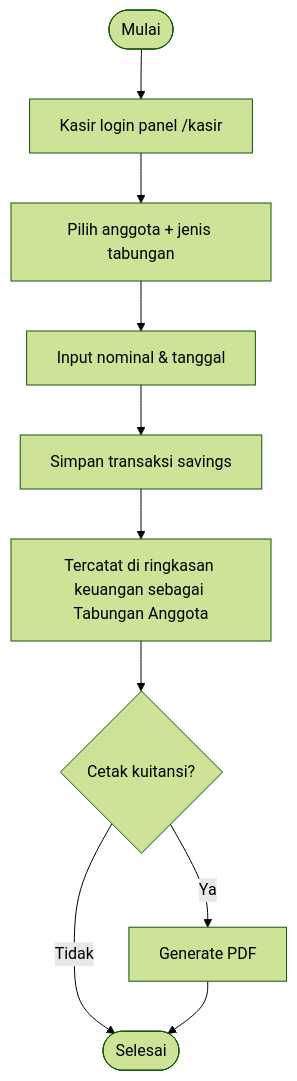
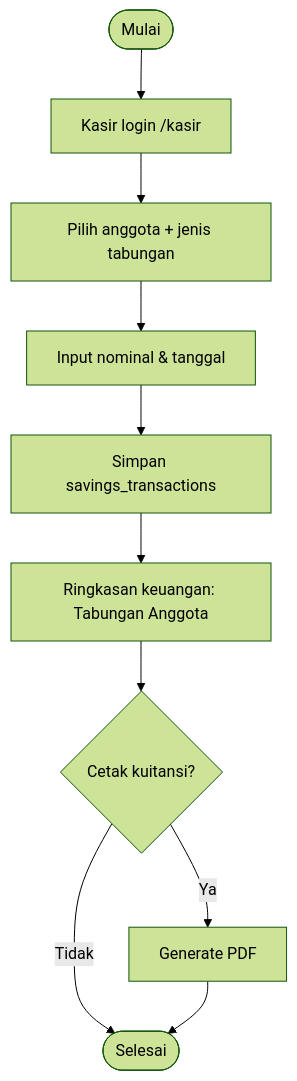
The third of 5 diagrams in BAB_4_HASIL_DAN_PEMBAHASAN.md (adrianakbar/karya_tantri_abadi), drawn with Mermaid (forest theme) before and after one commit. The commit also changed other lines of this file, not shown here.

````diff
--- a/BAB_4_HASIL_DAN_PEMBAHASAN.md
+++ b/BAB_4_HASIL_DAN_PEMBAHASAN.md
@@ -156,12 +163,12 @@
 ```mermaid
 flowchart TD
-    Start([Mulai]) --> KasirLogin[Kasir login panel /kasir]
+    Start([Mulai]) --> KasirLogin[Kasir login /kasir]
     KasirLogin --> PilihAnggota[Pilih anggota + jenis tabungan]
     PilihAnggota --> InputNominal[Input nominal & tanggal]
-    InputNominal --> Simpan[Simpan transaksi savings]
-    Simpan --> UpdateCash[Tercatat di ringkasan keuangan sebagai Tabungan Anggota]
+    InputNominal --> Simpan[Simpan savings_transactions]
+    Simpan --> UpdateCash[Ringkasan keuangan: Tabungan Anggota]
     UpdateCash --> Cetak{Cetak kuitansi?}
     Cetak -->|Ya| PDF[Generate PDF]
     Cetak -->|Tidak| End([Selesai])
     PDF --> End
 ```
````
